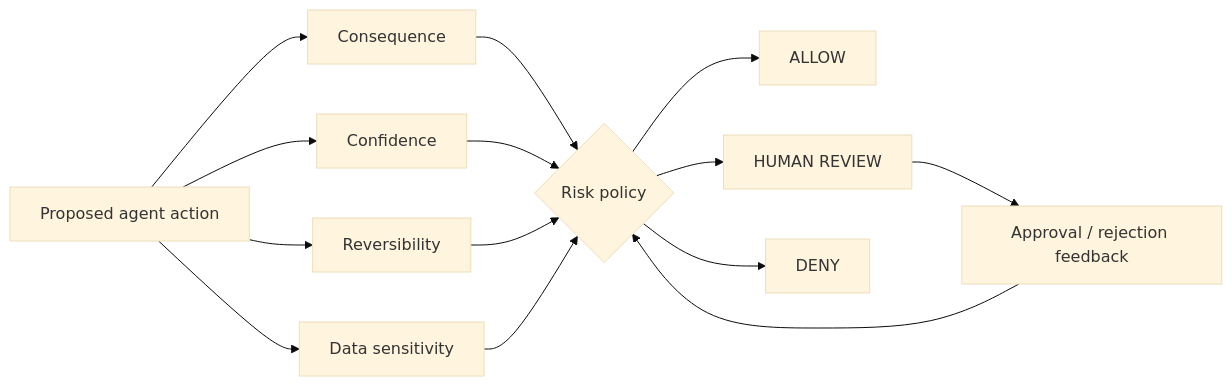
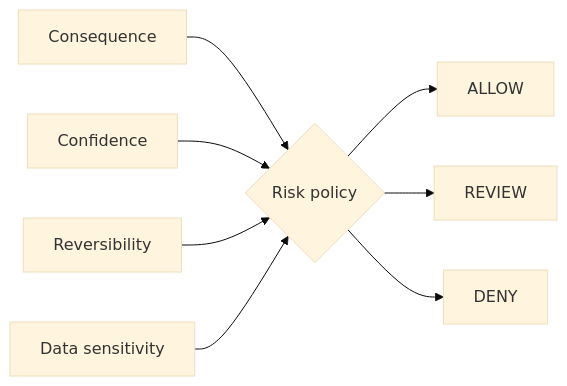
The diagram in projects/human-in-loop-risk-router/README.md (AshIntelligence/agenticmine), drawn with Mermaid (base theme) before and after one commit. The commit also changed other lines of this file and 21 other files, not shown here.

````diff
--- a/projects/human-in-loop-risk-router/README.md
+++ b/projects/human-in-loop-risk-router/README.md
@@ -14,16 +9,10 @@
 ```mermaid
 flowchart LR
-  A[Proposed agent action] --> C[Consequence]
-  A --> F[Confidence]
-  A --> R[Reversibility]
-  A --> S[Data sensitivity]
-  C --> P{Risk policy}
-  F --> P
-  R --> P
-  S --> P
-  P --> L[ALLOW]
-  P --> H[HUMAN REVIEW]
-  P --> D[DENY]
-  H --> E[Approval / rejection feedback]
-  E --> P
+  C[Consequence] --> R{Risk policy}
+  F[Confidence] --> R
+  V[Reversibility] --> R
+  S[Data sensitivity] --> R
+  R --> A[ALLOW]
+  R --> H[REVIEW]
+  R --> D[DENY]
 ```
````
